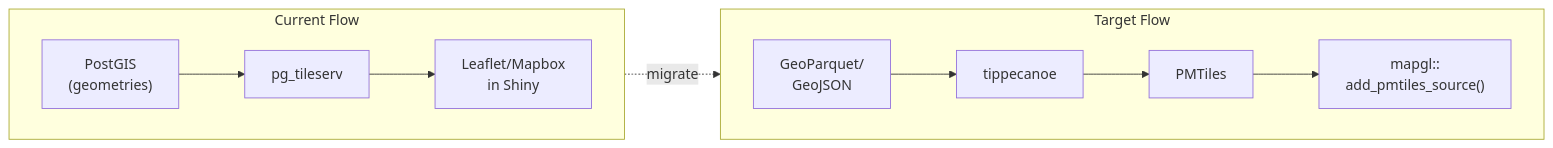
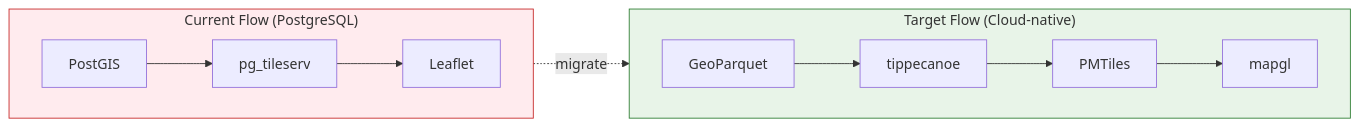
The ninth of 9 diagrams in README_PLAN.qmd (CalCOFI/workflows), drawn with Mermaid before and after one commit. The commit also changed other lines of this file and 1 other file, not shown here.

Commit message:
mmd diagram cleanup

````diff
--- a/README_PLAN.qmd
+++ b/README_PLAN.qmd
@@ -1421,24 +1438,27 @@
 ```{mermaid}
 %%| label: fig-tiles-migration
 %%| fig-cap: "Vector Tiles Migration Path"
 
 flowchart LR
-    subgraph current["Current Flow"]
+    subgraph current["Current Flow (PostgreSQL)"]
         direction LR
-        pg["PostGIS<br/>(geometries)"]
+        pg["PostGIS"]
         ts["pg_tileserv"]
-        lf["Leaflet/Mapbox<br/>in Shiny"]
+        lf["Leaflet"]
         pg --> ts --> lf
     end
 
-    subgraph target["Target Flow"]
+    subgraph target["Target Flow (Cloud-native)"]
         direction LR
-        geo["GeoParquet/<br/>GeoJSON"]
+        geo["GeoParquet"]
         tc["tippecanoe"]
         pm["PMTiles"]
-        mg["mapgl::<br/>add_pmtiles_source()"]
+        mg["mapgl"]
         geo --> tc --> pm --> mg
     end
 
     current -.->|"migrate"| target
+
+    style current fill:#ffebee,stroke:#c62828
+    style target fill:#e8f4e8,stroke:#2e7d32
 ```
````
